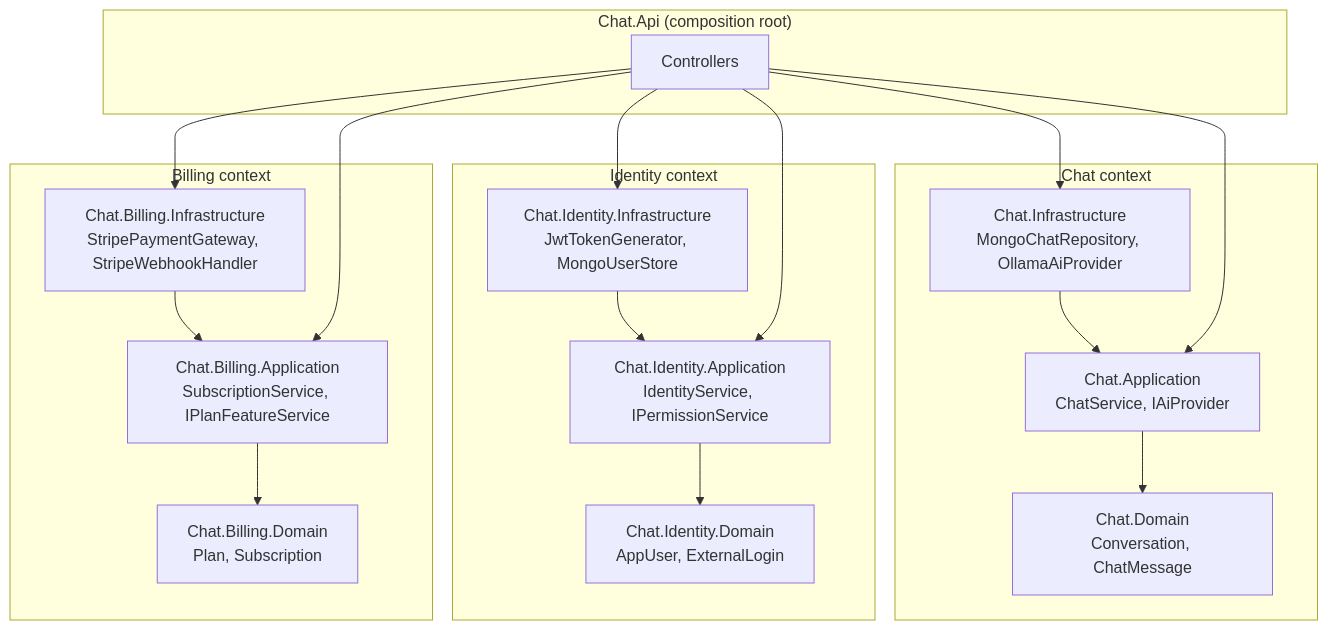
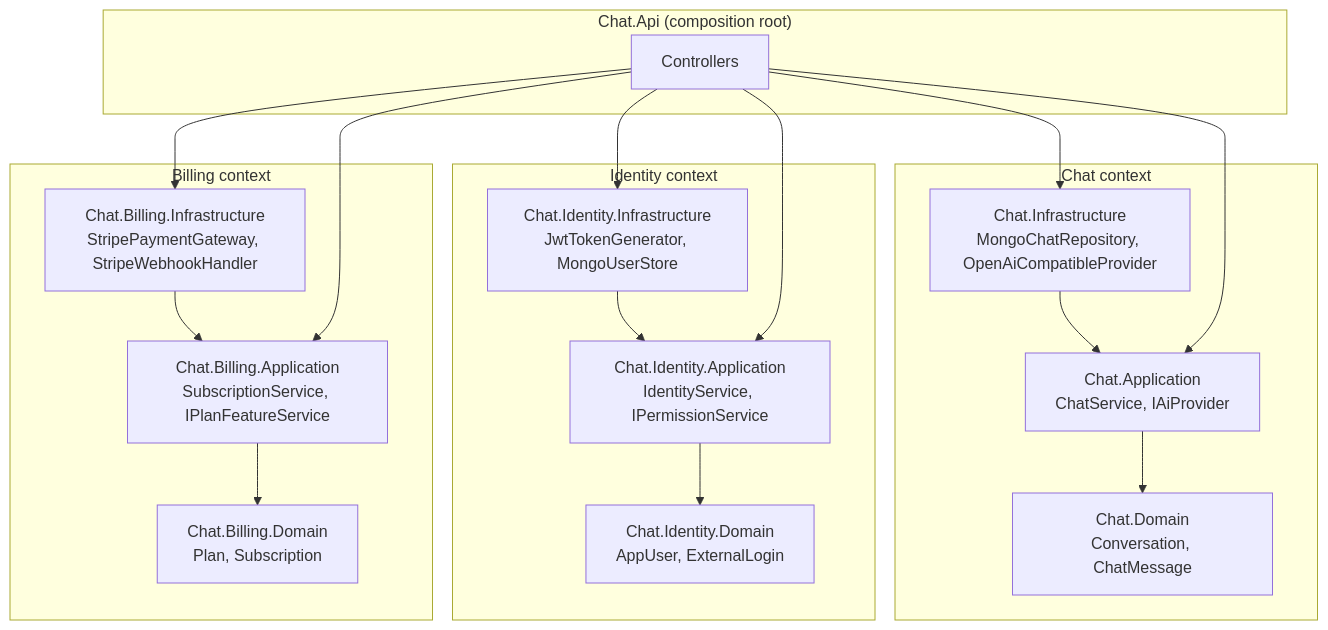
Before and after one commit to asifarshadullah/chatapp: the first of 2 diagrams in README.md, drawn with Mermaid. The commit also changed other lines of this file and 1 other file, not shown here.

````diff
--- a/README.md
+++ b/README.md
@@ -37,37 +39,37 @@
 ```mermaid
 flowchart TB
     subgraph API["Chat.Api (composition root)"]
         Controllers["Controllers"]
     end
 
     subgraph Chat["Chat context"]
         ChatApp["Chat.Application<br/>ChatService, IAiProvider"]
-        ChatInfra["Chat.Infrastructure<br/>MongoChatRepository, OllamaAiProvider"]
+        ChatInfra["Chat.Infrastructure<br/>MongoChatRepository, OpenAiCompatibleProvider"]
         ChatDom["Chat.Domain<br/>Conversation, ChatMessage"]
         ChatApp --> ChatDom
         ChatInfra --> ChatApp
     end
 
     subgraph Identity["Identity context"]
         IdApp["Chat.Identity.Application<br/>IdentityService, IPermissionService"]
         IdInfra["Chat.Identity.Infrastructure<br/>JwtTokenGenerator, MongoUserStore"]
         IdDom["Chat.Identity.Domain<br/>AppUser, ExternalLogin"]
         IdApp --> IdDom
         IdInfra --> IdApp
     end
 
     subgraph Billing["Billing context"]
         BillApp["Chat.Billing.Application<br/>SubscriptionService, IPlanFeatureService"]
         BillInfra["Chat.Billing.Infrastructure<br/>StripePaymentGateway, StripeWebhookHandler"]
         BillDom["Chat.Billing.Domain<br/>Plan, Subscription"]
         BillApp --> BillDom
         BillInfra --> BillApp
     end
 
     Controllers --> ChatApp
     Controllers --> IdApp
     Controllers --> BillApp
     Controllers --> ChatInfra
     Controllers --> IdInfra
     Controllers --> BillInfra
 ```
````
